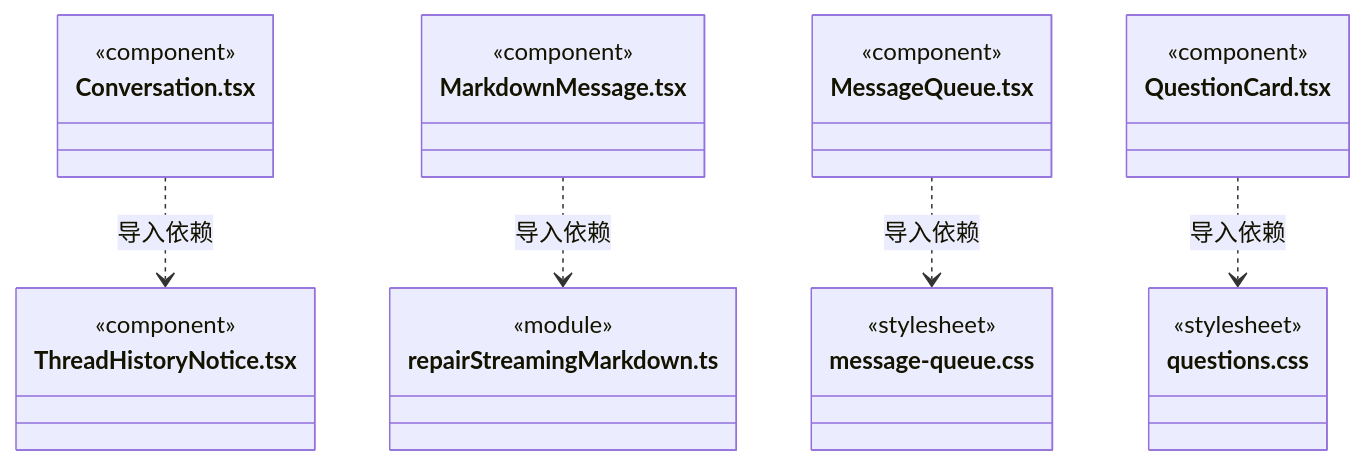
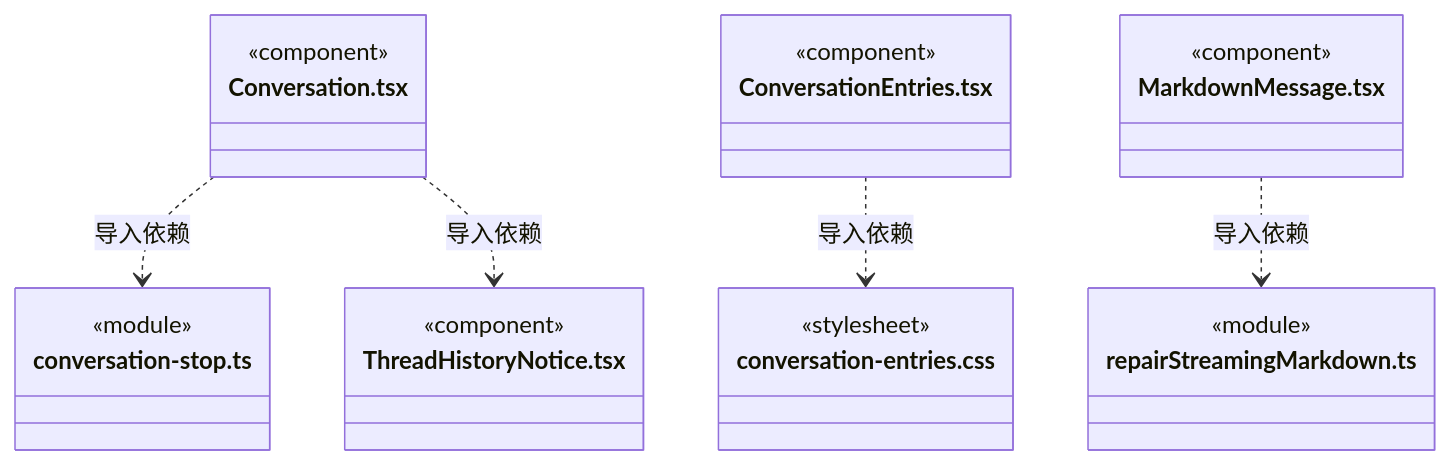
Before and after one commit to nan023062/cbim: diagram 49 of 54 in src/frontend/conversation/ARCHITECTURE.md, drawn with Mermaid. The commit also changed other lines of this file and 23 other files, not shown here.

First line of the commit message:
fix: manage conversation entries and workspace menus (#11)

````diff
--- a/src/frontend/conversation/ARCHITECTURE.md
+++ b/src/frontend/conversation/ARCHITECTURE.md
@@ -703,31 +750,28 @@
 ```mermaid
 classDiagram
 class N_src_frontend_conversation_Conversation_tsx["Conversation.tsx"] {
   <<component>>
 }
+class N_src_frontend_conversation_conversation_stop_ts["conversation-stop.ts"] {
+  <<module>>
+}
 class N_src_frontend_conversation_ThreadHistoryNotice_tsx["ThreadHistoryNotice.tsx"] {
   <<component>>
+}
+class N_src_frontend_conversation_ConversationEntries_tsx["ConversationEntries.tsx"] {
+  <<component>>
+}
+class N_src_frontend_conversation_conversation_entries_css["conversation-entries.css"] {
+  <<stylesheet>>
 }
 class N_src_frontend_conversation_MarkdownMessage_tsx["MarkdownMessage.tsx"] {
   <<component>>
 }
 class N_src_frontend_conversation_repairStreamingMarkdown_ts["repairStreamingMarkdown.ts"] {
   <<module>>
 }
-class N_src_frontend_conversation_MessageQueue_tsx["MessageQueue.tsx"] {
-  <<component>>
-}
-class N_src_frontend_conversation_message_queue_css["message-queue.css"] {
-  <<stylesheet>>
-}
-class N_src_frontend_conversation_QuestionCard_tsx["QuestionCard.tsx"] {
-  <<component>>
-}
-class N_src_frontend_conversation_questions_css["questions.css"] {
-  <<stylesheet>>
-}
+N_src_frontend_conversation_Conversation_tsx ..> N_src_frontend_conversation_conversation_stop_ts : 导入依赖
 N_src_frontend_conversation_Conversation_tsx ..> N_src_frontend_conversation_ThreadHistoryNotice_tsx : 导入依赖
+N_src_frontend_conversation_ConversationEntries_tsx ..> N_src_frontend_conversation_conversation_entries_css : 导入依赖
 N_src_frontend_conversation_MarkdownMessage_tsx ..> N_src_frontend_conversation_repairStreamingMarkdown_ts : 导入依赖
-N_src_frontend_conversation_MessageQueue_tsx ..> N_src_frontend_conversation_message_queue_css : 导入依赖
-N_src_frontend_conversation_QuestionCard_tsx ..> N_src_frontend_conversation_questions_css : 导入依赖
 ```
````
